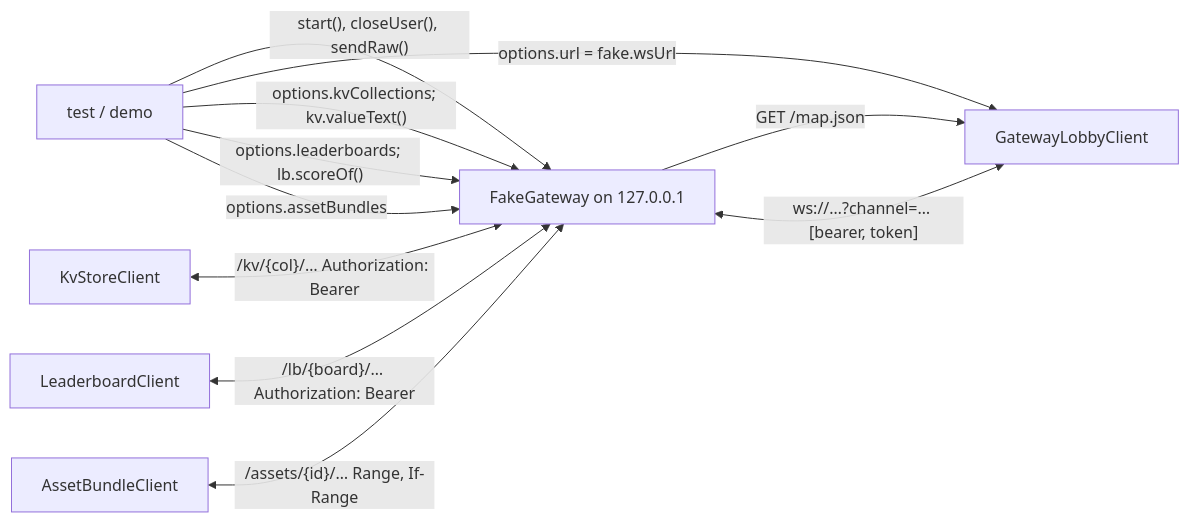
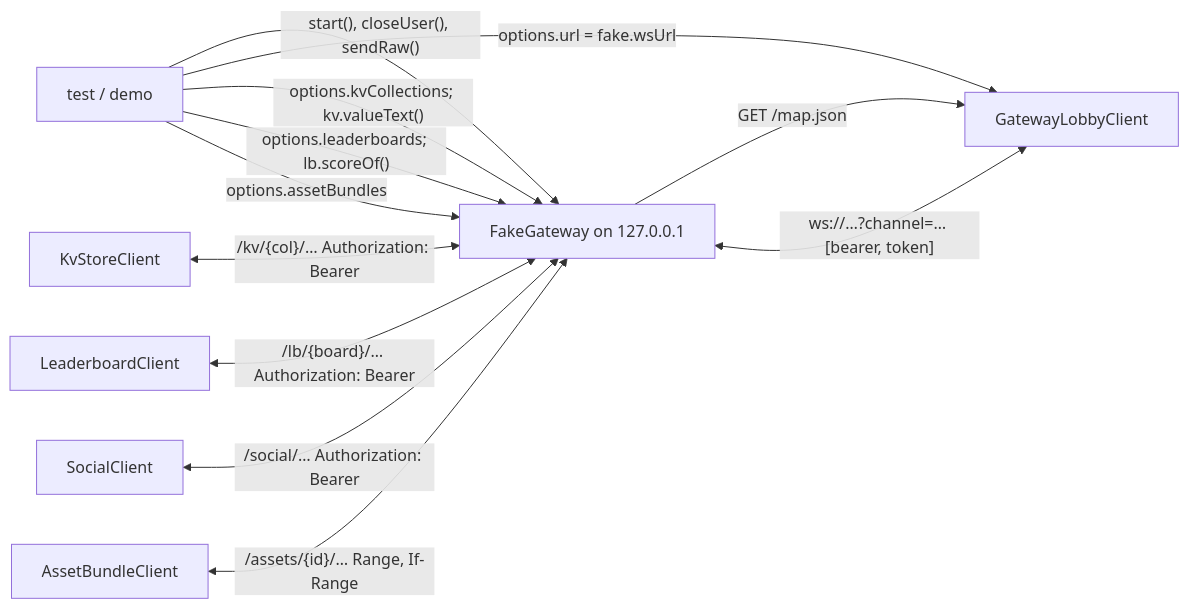
Before and after one commit to yingyeothon/flutterlib: the diagram in packages/yingyeothon_fake_gateway/README.md, drawn with Mermaid. The commit also changed other lines of this file and 39 other files, not shown here.

````diff
--- a/packages/yingyeothon_fake_gateway/README.md
+++ b/packages/yingyeothon_fake_gateway/README.md
@@ -43,13 +46,14 @@
 ```mermaid
 flowchart LR
   test["test / demo"] -- "start(), closeUser(), sendRaw()" --> fake["FakeGateway on 127.0.0.1"]
   test -- "options.url = fake.wsUrl" --> sdk["GatewayLobbyClient"]
   sdk <-- "ws://…?channel=… [bearer, token]" --> fake
   fake -- "GET /map.json" --> sdk
   test -- "options.kvCollections; kv.valueText()" --> fake
   kv["KvStoreClient"] <-- "/kv/{col}/… Authorization: Bearer" --> fake
   test -- "options.leaderboards; lb.scoreOf()" --> fake
   lb["LeaderboardClient"] <-- "/lb/{board}/… Authorization: Bearer" --> fake
+  social["SocialClient"] <-- "/social/… Authorization: Bearer" --> fake
   test -- "options.assetBundles" --> fake
   assets["AssetBundleClient"] <-- "/assets/{id}/… Range, If-Range" --> fake
 ```
````
